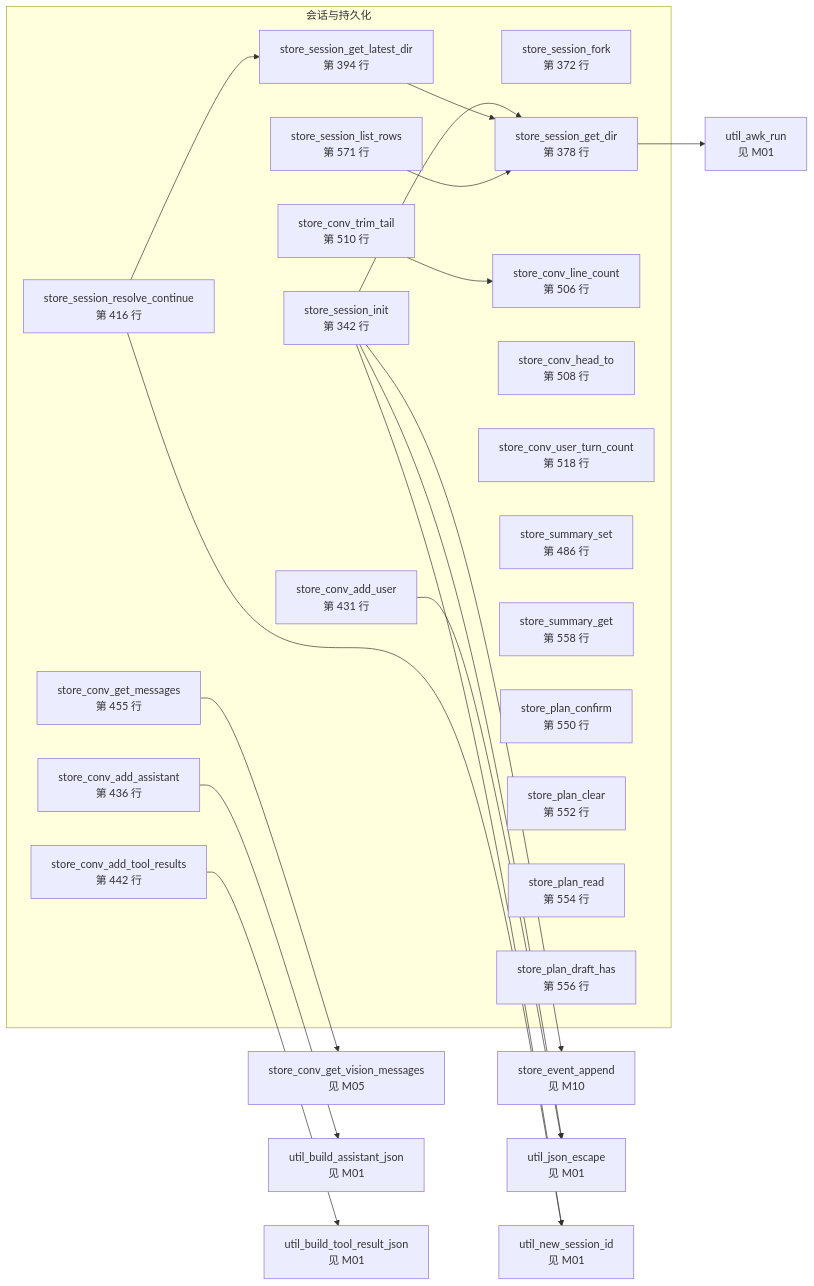
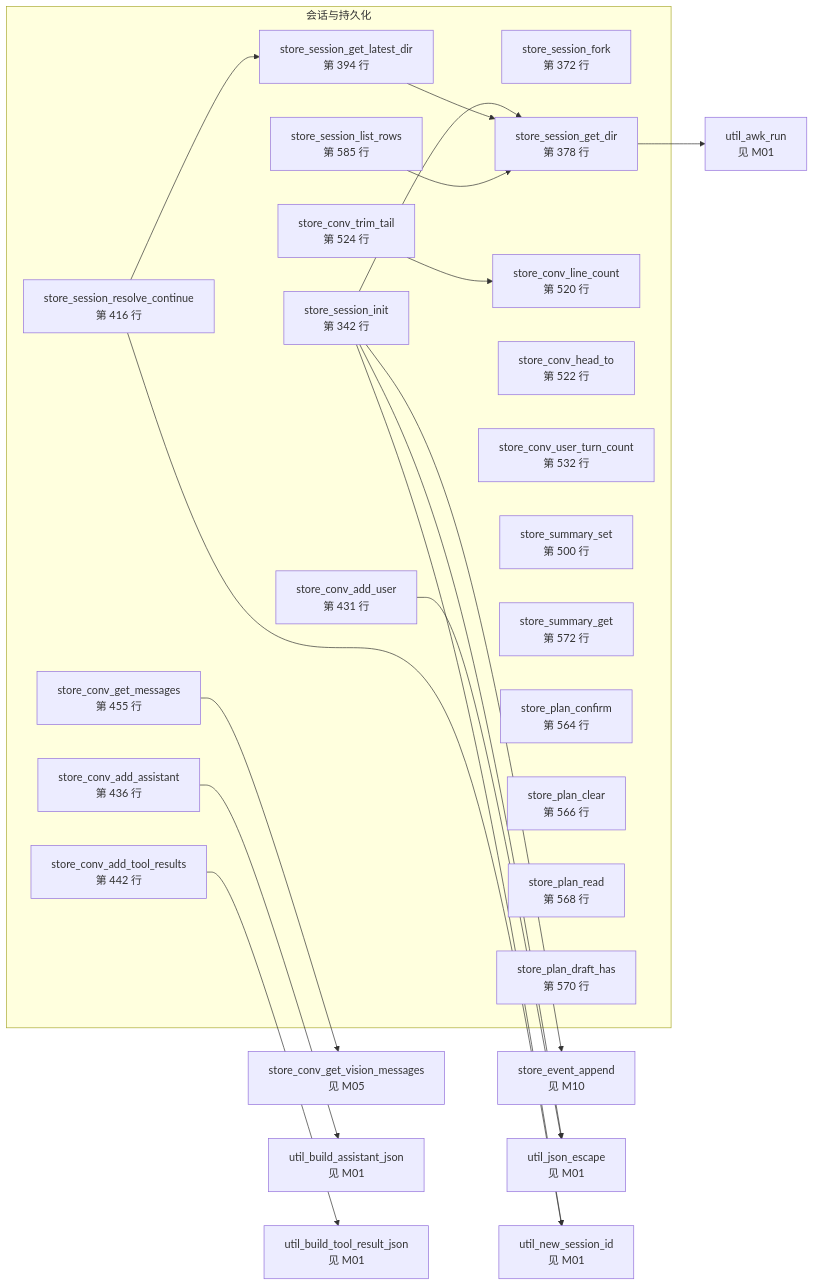
One commit to lloydzhou/bash-agent changed the fifth of 15 diagrams in docs/bash-data-flow.md. Above: the diagram before and after it, drawn with Mermaid. The commit also changed other lines of this file and 3 other files, not shown here.

````diff
--- a/docs/bash-data-flow.md
+++ b/docs/bash-data-flow.md
@@ -172,46 +172,46 @@
 ```mermaid
 flowchart LR
   subgraph mod_3["会话与持久化"]
     f_store_session_init["store_session_init<br/>第 342 行"]
     f_store_session_fork["store_session_fork<br/>第 372 行"]
     f_store_session_get_dir["store_session_get_dir<br/>第 378 行"]
     f_store_session_get_latest_dir["store_session_get_latest_dir<br/>第 394 行"]
     f_store_session_resolve_continue["store_session_resolve_continue<br/>第 416 行"]
     f_store_conv_add_user["store_conv_add_user<br/>第 431 行"]
     f_store_conv_add_assistant["store_conv_add_assistant<br/>第 436 行"]
     f_store_conv_add_tool_results["store_conv_add_tool_results<br/>第 442 行"]
     f_store_conv_get_messages["store_conv_get_messages<br/>第 455 行"]
-    f_store_conv_line_count["store_conv_line_count<br/>第 506 行"]
-    f_store_conv_head_to["store_conv_head_to<br/>第 508 行"]
-    f_store_conv_trim_tail["store_conv_trim_tail<br/>第 510 行"]
-    f_store_conv_user_turn_count["store_conv_user_turn_count<br/>第 518 行"]
-    f_store_summary_set["store_summary_set<br/>第 486 行"]
-    f_store_summary_get["store_summary_get<br/>第 558 行"]
-    f_store_plan_confirm["store_plan_confirm<br/>第 550 行"]
-    f_store_plan_clear["store_plan_clear<br/>第 552 行"]
-    f_store_plan_read["store_plan_read<br/>第 554 行"]
-    f_store_plan_draft_has["store_plan_draft_has<br/>第 556 行"]
-    f_store_session_list_rows["store_session_list_rows<br/>第 571 行"]
+    f_store_conv_line_count["store_conv_line_count<br/>第 520 行"]
+    f_store_conv_head_to["store_conv_head_to<br/>第 522 行"]
+    f_store_conv_trim_tail["store_conv_trim_tail<br/>第 524 行"]
+    f_store_conv_user_turn_count["store_conv_user_turn_count<br/>第 532 行"]
+    f_store_summary_set["store_summary_set<br/>第 500 行"]
+    f_store_summary_get["store_summary_get<br/>第 572 行"]
+    f_store_plan_confirm["store_plan_confirm<br/>第 564 行"]
+    f_store_plan_clear["store_plan_clear<br/>第 566 行"]
+    f_store_plan_read["store_plan_read<br/>第 568 行"]
+    f_store_plan_draft_has["store_plan_draft_has<br/>第 570 行"]
+    f_store_session_list_rows["store_session_list_rows<br/>第 585 行"]
   end
   f_store_conv_get_vision_messages["store_conv_get_vision_messages<br/>见 M05"]
   f_store_event_append["store_event_append<br/>见 M10"]
   f_util_awk_run["util_awk_run<br/>见 M01"]
   f_util_build_assistant_json["util_build_assistant_json<br/>见 M01"]
   f_util_build_tool_result_json["util_build_tool_result_json<br/>见 M01"]
   f_util_json_escape["util_json_escape<br/>见 M01"]
   f_util_new_session_id["util_new_session_id<br/>见 M01"]
   f_store_session_init --> f_util_new_session_id
   f_store_session_init --> f_store_session_get_dir
   f_store_session_init --> f_store_event_append
   f_store_session_init --> f_util_json_escape
   f_store_session_get_dir --> f_util_awk_run
   f_store_session_get_latest_dir --> f_store_session_get_dir
   f_store_session_resolve_continue --> f_store_session_get_latest_dir
   f_store_session_resolve_continue --> f_util_new_session_id
   f_store_session_list_rows --> f_store_session_get_dir
   f_store_conv_add_user --> f_util_json_escape
   f_store_conv_add_assistant --> f_util_build_assistant_json
   f_store_conv_add_tool_results --> f_util_build_tool_result_json
   f_store_conv_get_messages --> f_store_conv_get_vision_messages
   f_store_conv_trim_tail --> f_store_conv_line_count
 ```
````
